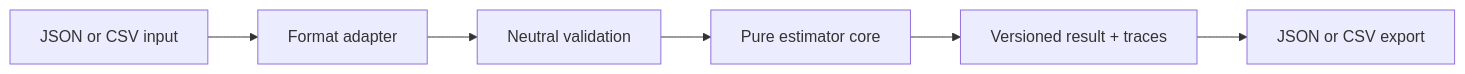
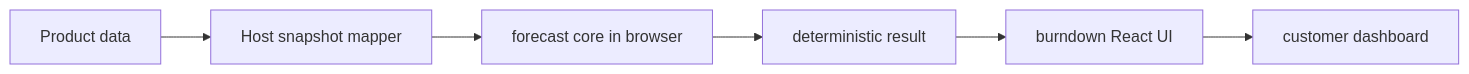
Before and after one commit to tansohq/credit-estimator: the second of 4 diagrams in docs/architecture.md, drawn with Mermaid. The commit also changed other lines of this file and 95 other files, not shown here.

````diff
--- a/docs/architecture.md
+++ b/docs/architecture.md
@@ -640,8 +345,8 @@
 ```mermaid
 flowchart LR
-  Input["JSON or CSV input"] --> Codec["Format adapter"]
-  Codec --> Schema["Neutral validation"]
-  Schema --> Core["Pure estimator core"]
-  Core --> Result["Versioned result + traces"]
-  Result --> Export["JSON or CSV export"]
+  Product["Product data"] --> Host["Host snapshot mapper"]
+  Host --> Core["forecast core in browser"]
+  Core --> Result["deterministic result"]
+  Result --> UI["burndown React UI"]
+  UI --> Customer["customer dashboard"]
 ```
````
